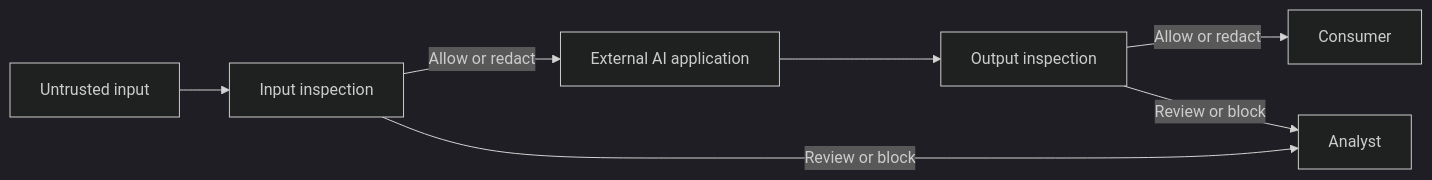
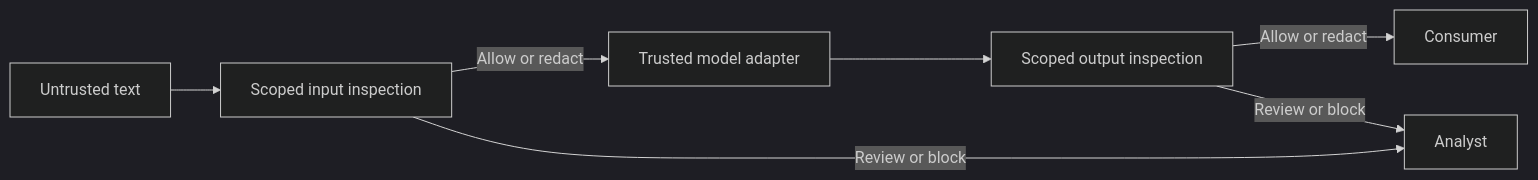
The diagram in README.md (pg-thirion/PromptShield), drawn with Mermaid (dark theme) before and after one commit. The commit also changed other lines of this file, not shown here.

````diff
--- a/README.md
+++ b/README.md
@@ -31,9 +50,9 @@
 ```mermaid
 flowchart LR
-  U[Untrusted input] --> I[Input inspection]
-  I -->|Allow or redact| A[External AI application]
+  U[Untrusted text] --> I[Scoped input inspection]
+  I -->|Allow or redact| A[Trusted model adapter]
   I -->|Review or block| H[Analyst]
-  A --> O[Output inspection]
+  A --> O[Scoped output inspection]
   O -->|Allow or redact| R[Consumer]
   O -->|Review or block| H
 ```
````
